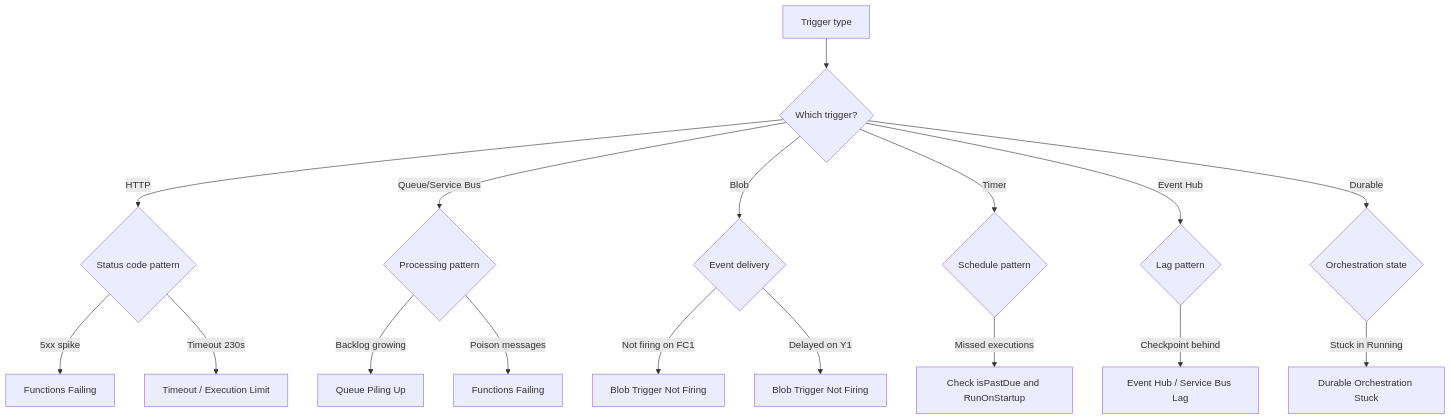
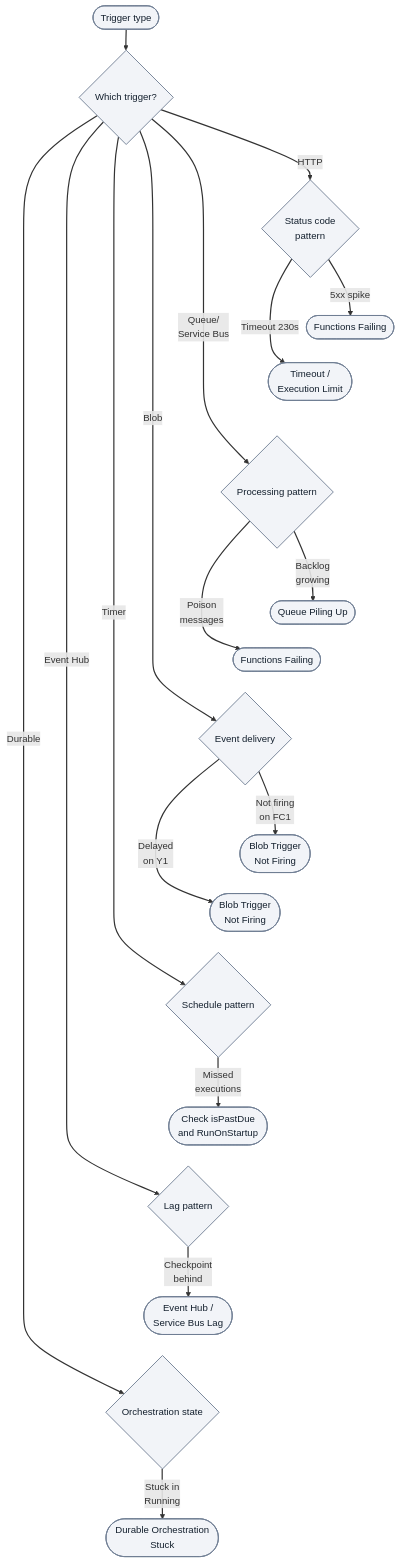
Before and after one commit to yeongseon/azure-functions-practical-guide: the second of 2 diagrams in docs/troubleshooting/decision-tree.md, drawn with Mermaid. The commit also changed other lines of this file, not shown here.

First line of the commit message:
docs(diagrams): tier troubleshooting decision trees

````diff
--- a/docs/troubleshooting/decision-tree.md
+++ b/docs/troubleshooting/decision-tree.md
@@ -85,20 +103,35 @@
 ```mermaid
+%%{init: {'flowchart': {'nodeSpacing': 5, 'rankSpacing': 35}}}%%
 flowchart TD
-    A[Trigger type] --> B{Which trigger?}
-    B -->|HTTP| C{Status code pattern}
-    B -->|"Queue/Service Bus"| D{Processing pattern}
-    B -->|Blob| E{Event delivery}
-    B -->|Timer| F{Schedule pattern}
-    B -->|Event Hub| G{Lag pattern}
-    B -->|Durable| H{Orchestration state}
+    accTitle: Trigger-specific symptom routing
+    accDescr: Illustrative lookup for HTTP, Queue or Service Bus, Blob, Timer, Event Hub and Durable symptoms. Each trigger routes through its pattern question to the named investigation. FC1 and Y1 Blob cases, HTTP timeout at 230 seconds, timer flags and all nine endpoints are retained as triage cues, not proof of cause.
+    A(["Trigger type"]) --> B{"Which trigger?"}
+    B -->|HTTP| C{"Status code<br/>pattern"}
+    B -->|"Queue/<br/>Service Bus"| D{"Processing pattern"}
+    B -->|Blob| E{"Event delivery"}
+    B -->|Timer| F{"Schedule pattern"}
+    B -->|Event Hub| G{"Lag pattern"}
+    B -->|Durable| H{"Orchestration state"}
 
-    C -->|5xx spike| I[Functions Failing]
-    C -->|Timeout 230s| J["Timeout / Execution Limit"]
-    D -->|Backlog growing| K[Queue Piling Up]
-    D -->|Poison messages| L[Functions Failing]
-    E -->|Not firing on FC1| M[Blob Trigger Not Firing]
-    E -->|Delayed on Y1| N[Blob Trigger Not Firing]
-    F -->|Missed executions| O[Check isPastDue and RunOnStartup]
-    G -->|Checkpoint behind| P["Event Hub / Service Bus Lag"]
-    H -->|Stuck in Running| Q[Durable Orchestration Stuck]
+    C -->|5xx spike| I(["Functions Failing"])
+    C -->|Timeout 230s| J(["Timeout /<br/>Execution Limit"])
+    D -->|"Backlog<br/>growing"| K(["Queue Piling Up"])
+    D -->|"Poison<br/>messages"| L(["Functions Failing"])
+    E -->|"Not firing<br/>on FC1"| M(["Blob Trigger<br/>Not Firing"])
+    E -->|"Delayed<br/>on Y1"| N(["Blob Trigger<br/>Not Firing"])
+    F -->|"Missed<br/>executions"| O(["Check isPastDue<br/>and RunOnStartup"])
+    G -->|"Checkpoint<br/>behind"| P(["Event Hub /<br/>Service Bus Lag"])
+    H -->|"Stuck in<br/>Running"| Q(["Durable Orchestration<br/>Stuck"])
+    %% Layout-only links tier trigger families; they add no diagnostic steps or arrows.
+    I ~~~ J
+    J ~~~ D
+    K ~~~ L
+    L ~~~ E
+    M ~~~ N
+    N ~~~ F
+    O ~~~ G
+    P ~~~ H
+    classDef baseNeutral fill:#f2f4f8,stroke:#707e93,stroke-width:1.5px,color:#14202e;
+    class A,B,C,D,E,F,G,H,I,J,K,L,M,N,O,P,Q baseNeutral;
+    linkStyle default stroke-width:2px;
 ```
````
